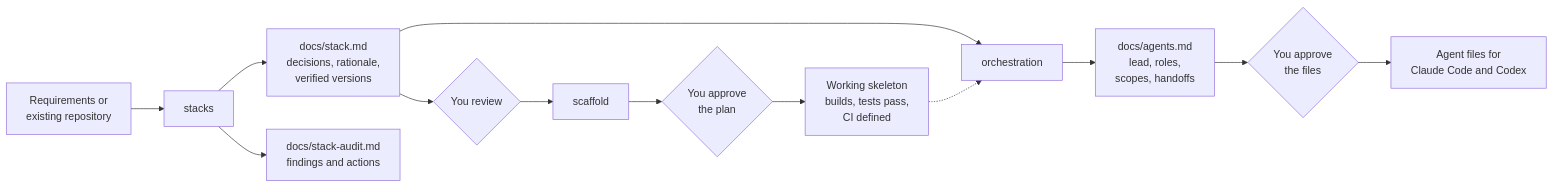
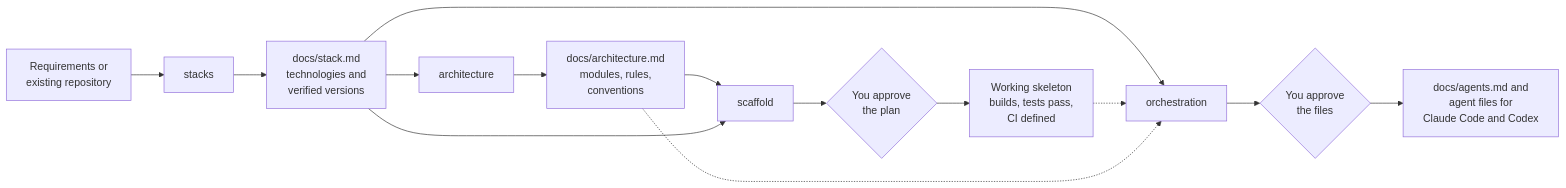
One commit to alefiengo/stacks changed the diagram in README.md. Above: the diagram before and after it, drawn with Mermaid. The commit also changed other lines of this file and 38 other files, not shown here.

First line of the commit message:
feat: add architecture skill to design or audit a project's internals (#7)

````diff
--- a/README.md
+++ b/README.md
@@ -26,15 +28,16 @@
 ```mermaid
 flowchart LR
     R["Requirements or<br/>existing repository"] --> S["stacks"]
-    S --> D["docs/stack.md<br/>decisions, rationale,<br/>verified versions"]
-    S --> A["docs/stack-audit.md<br/>findings and actions"]
-    D --> Y{"You review"}
-    Y --> C["scaffold"]
+    S --> D["docs/stack.md<br/>technologies and<br/>verified versions"]
+    D --> A["architecture"]
+    A --> M["docs/architecture.md<br/>modules, rules,<br/>conventions"]
+    M --> C["scaffold"]
+    D --> C
     C --> P{"You approve<br/>the plan"}
     P --> K["Working skeleton<br/>builds, tests pass,<br/>CI defined"]
     D --> O["orchestration"]
     K -.-> O
-    O --> T["docs/agents.md<br/>lead, roles,<br/>scopes, handoffs"]
-    T --> Q{"You approve<br/>the files"}
-    Q --> H["Agent files for<br/>Claude Code and Codex"]
+    M -.-> O
+    O --> Q{"You approve<br/>the files"}
+    Q --> H["docs/agents.md and<br/>agent files for<br/>Claude Code and Codex"]
 ```
````
